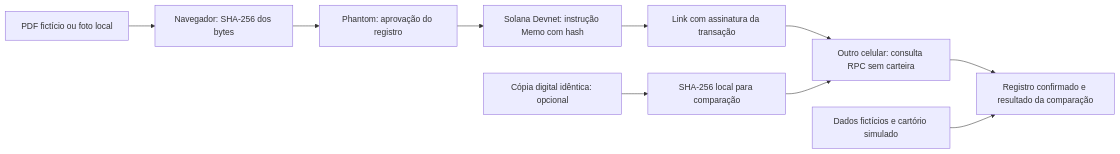
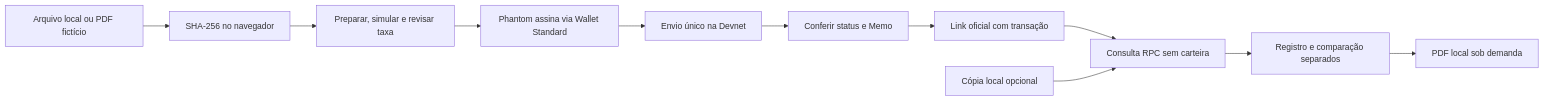
The diagram in docs/ARQUITETURA.md (MxK-rafas/Propertychain), drawn with Mermaid before and after one commit. The commit also changed other lines of this file and 26 other files, not shown here.

````diff
--- a/docs/ARQUITETURA.md
+++ b/docs/ARQUITETURA.md
@@ -7,12 +5,13 @@
 ```mermaid
 flowchart LR
-  A[PDF fictício ou foto local] --> B[Navegador: SHA-256 dos bytes]
-  B --> C[Phantom: aprovação do registro]
-  C --> D[Solana Devnet: instrução Memo com hash]
-  D --> E[Link com assinatura da transação]
-  E --> F[Outro celular: consulta RPC sem carteira]
-  G[Cópia digital idêntica: opcional] --> H[SHA-256 local para comparação]
-  H --> F
-  F --> I[Registro confirmado e resultado da comparação]
-  J[Dados fictícios e cartório simulado] --> I
+  A[Arquivo local ou PDF fictício] --> B[SHA-256 no navegador]
+  B --> C[Preparar, simular e revisar taxa]
+  C --> D[Phantom assina via Wallet Standard]
+  D --> E[Envio único na Devnet]
+  E --> F[Conferir status e Memo]
+  F --> G[Link oficial com transação]
+  G --> H[Consulta RPC sem carteira]
+  I[Cópia local opcional] --> H
+  H --> J[Registro e comparação separados]
+  J --> K[PDF local sob demanda]
 ```
````
